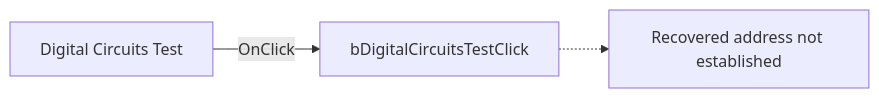
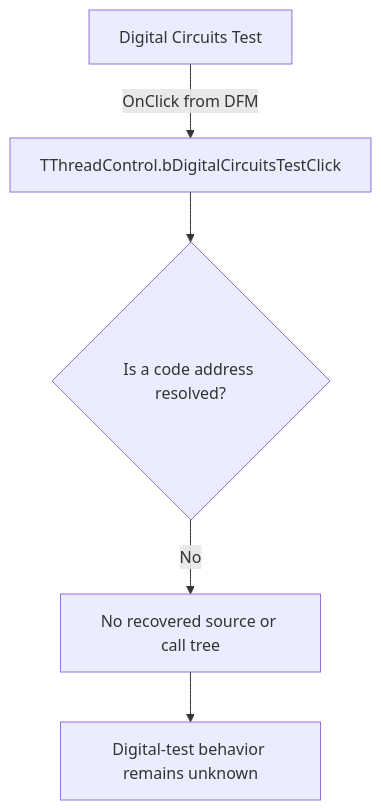
One commit to MovGP0/TIARA changed the diagram in docs/ui-controls/threadcontrol/bdigitalcircuitstest-2e6048c74c.md. Above: the diagram before and after it, drawn with Mermaid. The commit also changed other lines of this file and 1062 other files, not shown here.

````diff
--- a/docs/ui-controls/threadcontrol/bdigitalcircuitstest-2e6048c74c.md
+++ b/docs/ui-controls/threadcontrol/bdigitalcircuitstest-2e6048c74c.md
@@ -27,5 +29,7 @@
 ```mermaid
-flowchart LR
-    control["Digital Circuits Test"] -->|OnClick| handler["bDigitalCircuitsTestClick"]
-    handler -.-> unresolved["Recovered address not established"]
+flowchart TD
+    control["Digital Circuits Test"] -->|OnClick from DFM| binding["TThreadControl.bDigitalCircuitsTestClick"]
+    binding --> address{"Is a code address resolved?"}
+    address -->|No| gap["No recovered source or call tree"]
+    gap --> unknown["Digital-test behavior remains unknown"]
 ```
````
